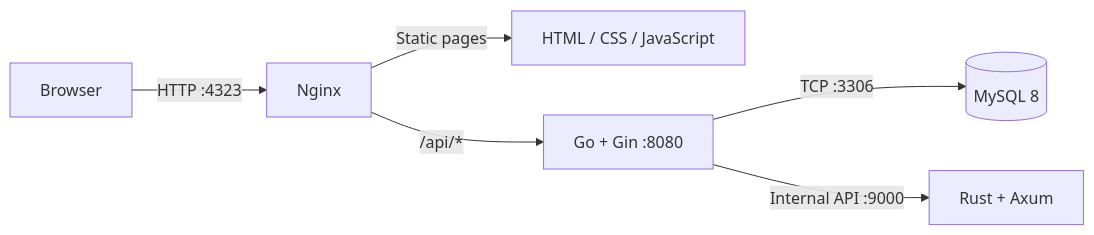
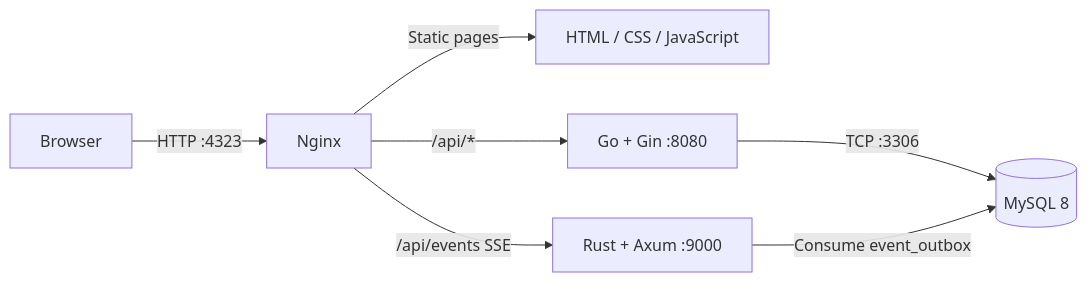
The diagram in README.md (teamitmivhs/work-order), drawn with Mermaid before and after one commit. The commit also changed other lines of this file and 2 other files, not shown here.

Commit message:
[docs] document rust event engine

````diff
--- a/README.md
+++ b/README.md
@@ -44,8 +44,9 @@
 ```mermaid
 flowchart LR
     Browser -->|HTTP :4323| Nginx
     Nginx -->|Static pages| Frontend[HTML / CSS / JavaScript]
     Nginx -->|/api/*| Backend[Go + Gin :8080]
+    Nginx -->|/api/events SSE| Events[Rust + Axum :9000]
     Backend -->|TCP :3306| MySQL[(MySQL 8)]
-    Backend -->|Internal API :9000| Timer[Rust + Axum]
+    Events -->|Consume event_outbox| MySQL
 ```
````
